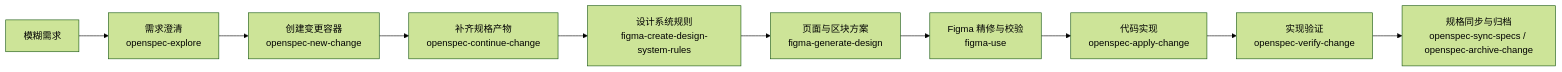
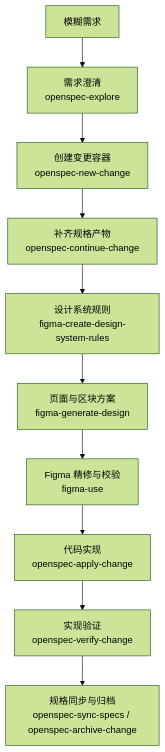
One commit to diaz-zeng/diaz-zeng.github.io changed the first of 2 diagrams in docs/02.AI工程/00.codex-sdd-practice.md. Above: the diagram before and after it, drawn with Mermaid (forest theme). The commit also changed other lines of this file, not shown here.

````diff
--- a/docs/02.AI工程/00.codex-sdd-practice.md
+++ b/docs/02.AI工程/00.codex-sdd-practice.md
@@ -67,12 +87,15 @@
 ```mermaid
-flowchart LR
-    A["模糊需求"] --> B["需求澄清<br/>openspec-explore"]
-    B --> C["创建变更容器<br/>openspec-new-change"]
-    C --> D["补齐规格产物<br/>openspec-continue-change"]
-    D --> E["设计系统规则<br/>figma-create-design-system-rules"]
-    E --> F["页面与区块方案<br/>figma-generate-design"]
-    F --> G["Figma 精修与校验<br/>figma-use"]
-    G --> H["代码实现<br/>openspec-apply-change"]
-    H --> I["实现验证<br/>openspec-verify-change"]
-    I --> J["规格同步与归档<br/>openspec-sync-specs / openspec-archive-change"]
+flowchart TB
+    A["模糊需求"]
+    B["需求澄清<br/>openspec-explore"]
+    C["创建变更容器<br/>openspec-new-change"]
+    D["补齐规格产物<br/>openspec-continue-change"]
+    E["设计系统规则<br/>figma-create-design-system-rules"]
+    F["页面与区块方案<br/>figma-generate-design"]
+    G["Figma 精修与校验<br/>figma-use"]
+    H["代码实现<br/>openspec-apply-change"]
+    I["实现验证<br/>openspec-verify-change"]
+    J["规格同步与归档<br/>openspec-sync-specs / openspec-archive-change"]
+
+    A --> B --> C --> D --> E --> F --> G --> H --> I --> J
 ```
````
